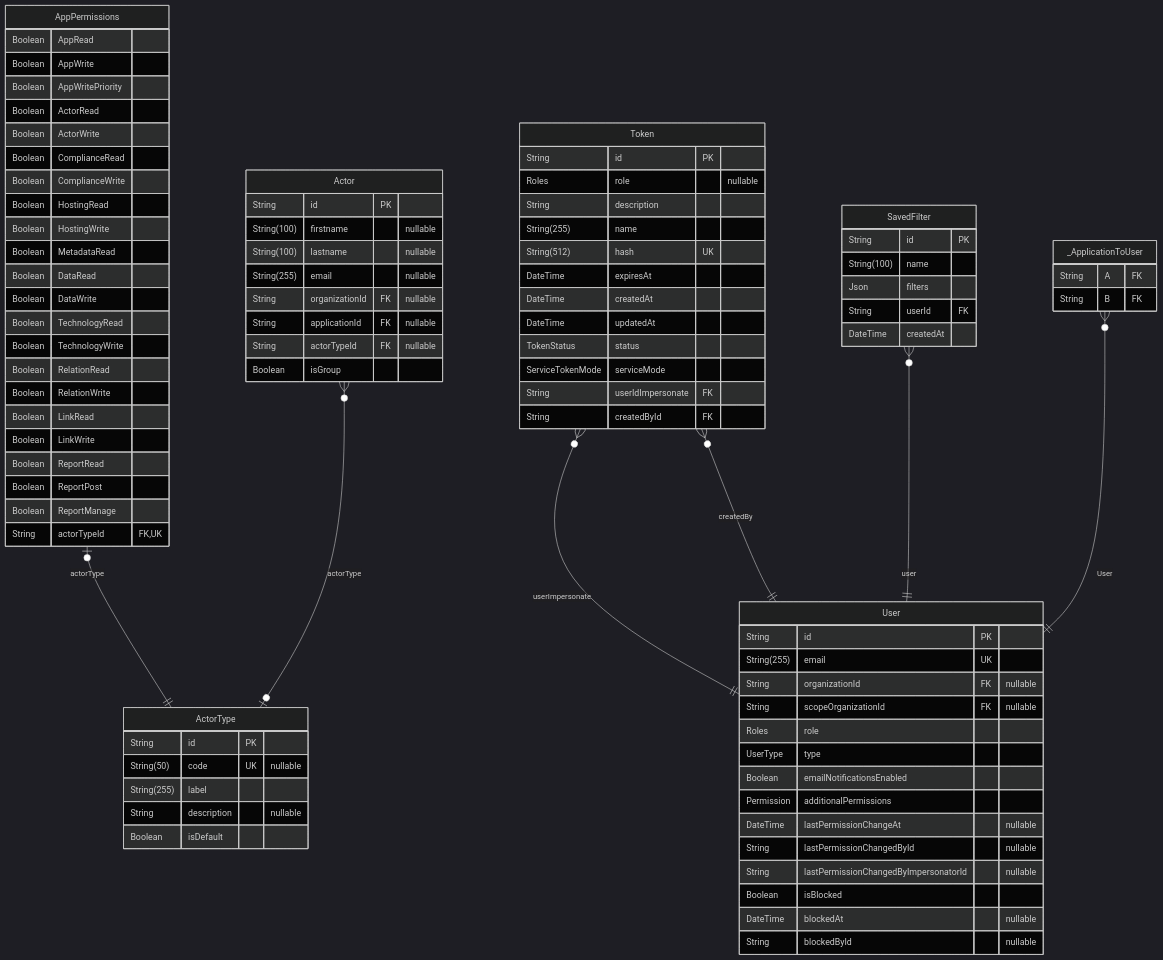
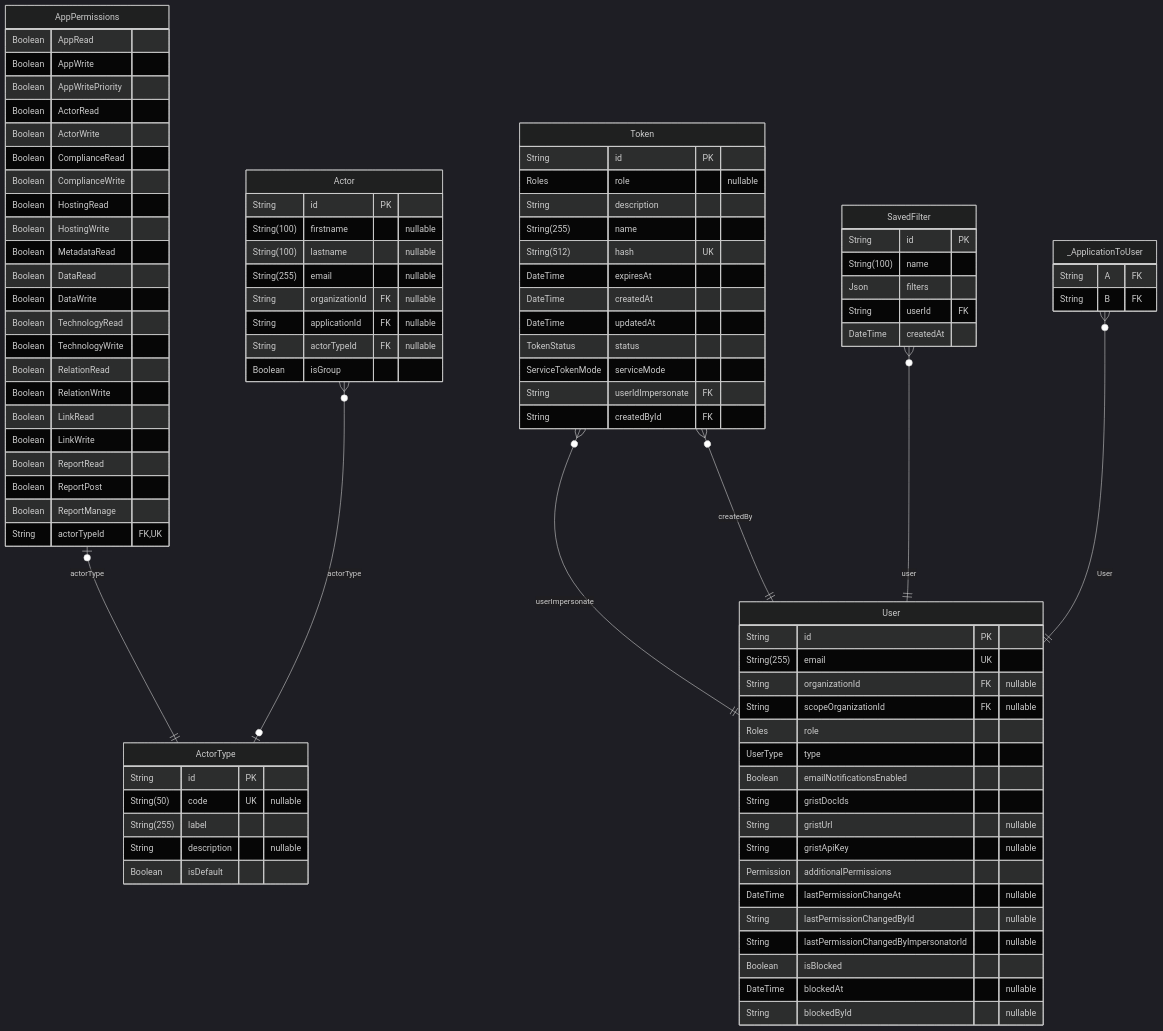
One commit to dnum-mi/referentiel-applications changed the tenth of 15 diagrams in backend/prisma/docs/schema.md. Above: the diagram before and after it, drawn with Mermaid (dark theme). The commit also changed other lines of this file and 46 other files, not shown here.

```diff
--- a/backend/prisma/docs/schema.md
+++ b/backend/prisma/docs/schema.md
@@ -920,6 +920,9 @@
   Roles role
   UserType type
   Boolean emailNotificationsEnabled
+  String gristDocIds
+  String gristUrl "nullable"
+  String gristApiKey "nullable"
   Permission additionalPermissions
   DateTime lastPermissionChangeAt "nullable"
   String lastPermissionChangedById "nullable"
```
